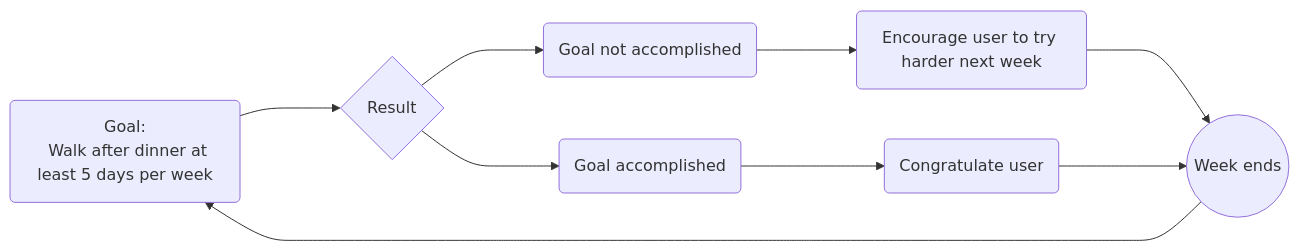
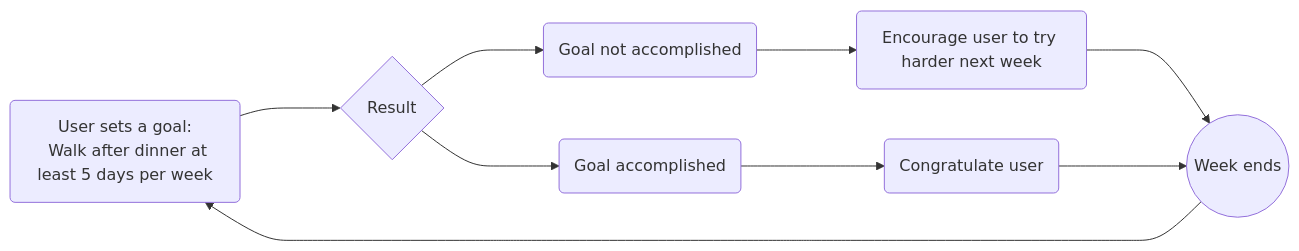
The fourth of 4 diagrams in README.md (LowComDenom/wellness-calendar), drawn with Mermaid before and after one commit. The commit also changed other lines of this file, not shown here.

````diff
--- a/README.md
+++ b/README.md
@@ -80,19 +85,19 @@
 ```mermaid
 flowchart LR
-1(Goal:
+1(User sets a goal:
   Walk after dinner at least 5 days per week)
 2{Result}
 3.1(Goal not accomplished)
 3.2(Goal accomplished)
 4.1(Encourage user to try harder next week)
 4.2(Congratulate user)
 5((Week ends))
 1 ---> 2
 2 ---> 3.1
 2 ---> 3.2
 3.1 ---> 4.1
 3.2 ---> 4.2
 4.1 ---> 5
 4.2 ---> 5
 5 ---> 1
 ```
````
